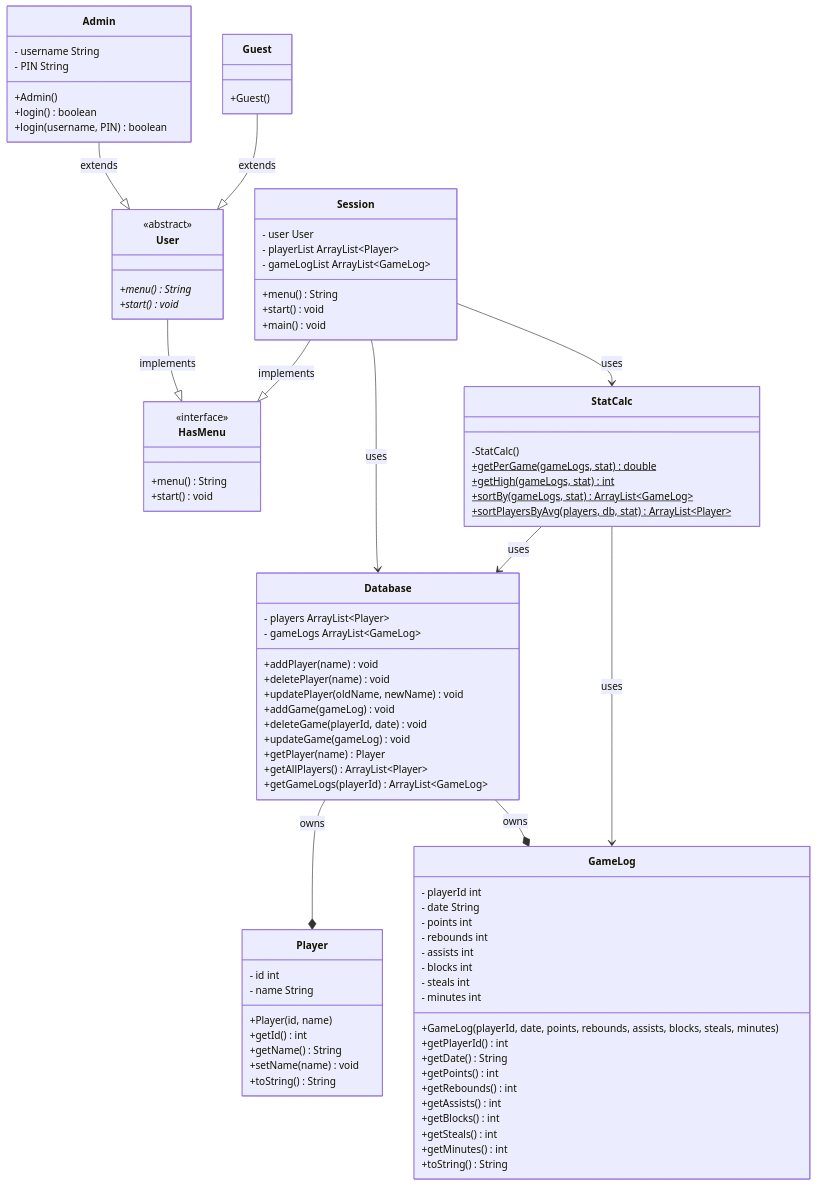
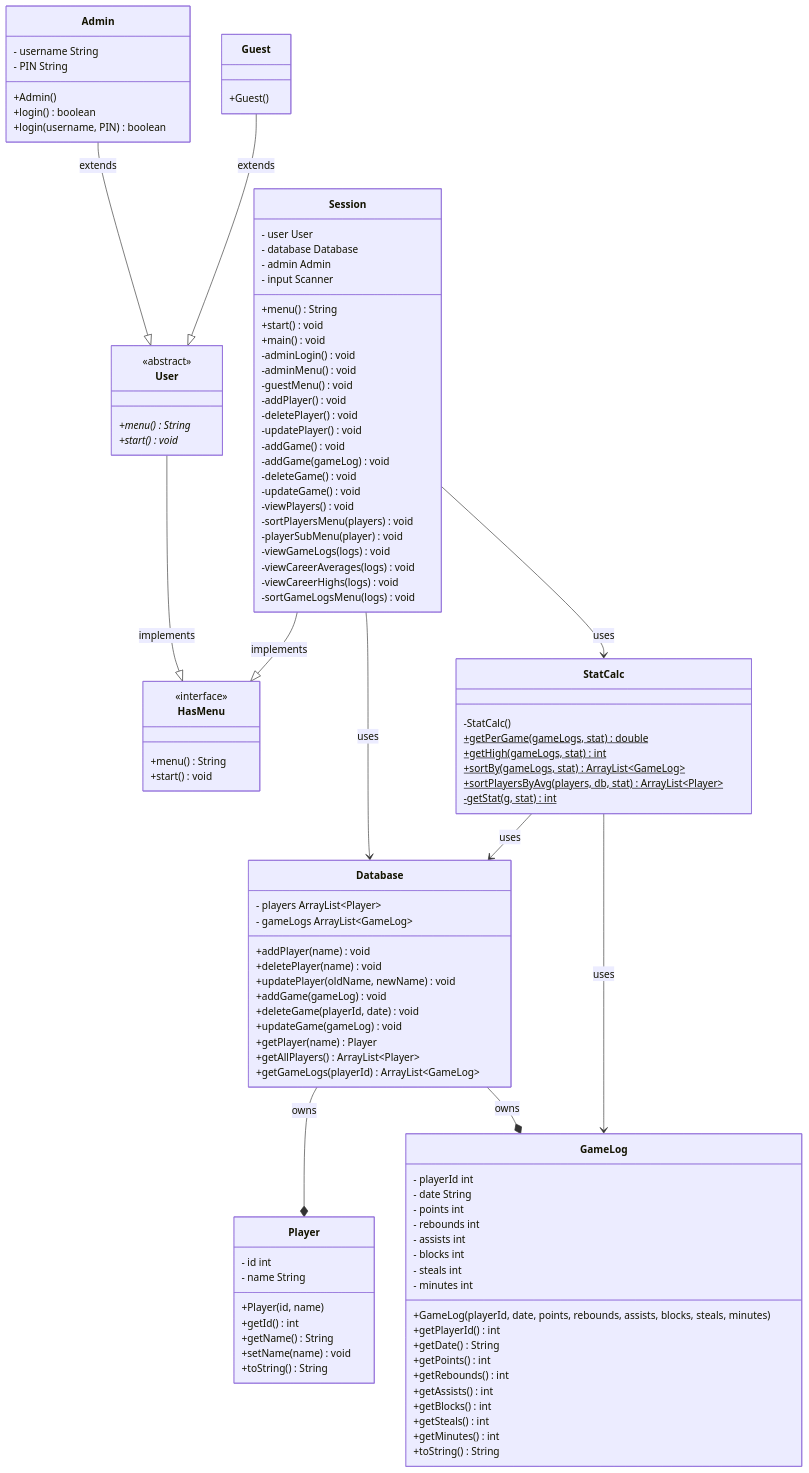
The diagram in README.md (tommym-r/cs121finalProject), drawn with Mermaid before and after one commit.

```diff
--- a/README.md
+++ b/README.md
@@ -61,6 +61,7 @@
     +getHigh(gameLogs, stat) int$
     +sortBy(gameLogs, stat) ArrayList~GameLog~$
     +sortPlayersByAvg(players, db, stat) ArrayList~Player~$
+    -getStat(g, stat) int$
 }
 
 class User{
@@ -83,11 +84,29 @@
 
 class Session{
     - user User
-    - playerList ArrayList~Player~
-    - gameLogList ArrayList~GameLog~
+    - database Database
+    - admin Admin
+    - input Scanner
     +menu() String
     +start() void
     +main() void
+    -adminLogin() void
+    -adminMenu() void
+    -guestMenu() void
+    -addPlayer() void
+    -deletePlayer() void
+    -updatePlayer() void
+    -addGame() void
+    -addGame(gameLog) void
+    -deleteGame() void
+    -updateGame() void
+    -viewPlayers() void
+    -sortPlayersMenu(players) void
+    -playerSubMenu(player) void
+    -viewGameLogs(logs) void
+    -viewCareerAverages(logs) void
+    -viewCareerHighs(logs) void
+    -sortGameLogsMenu(logs) void
 }
 
 Admin --|> User : extends
```
